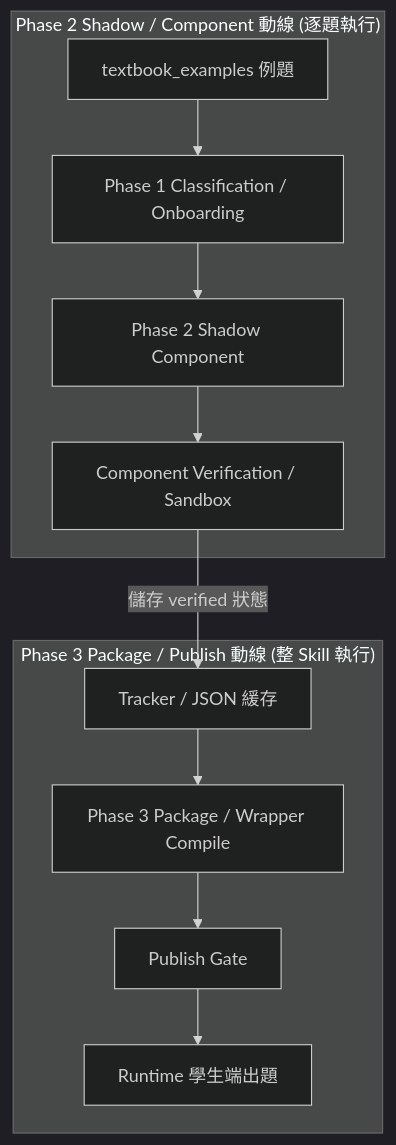
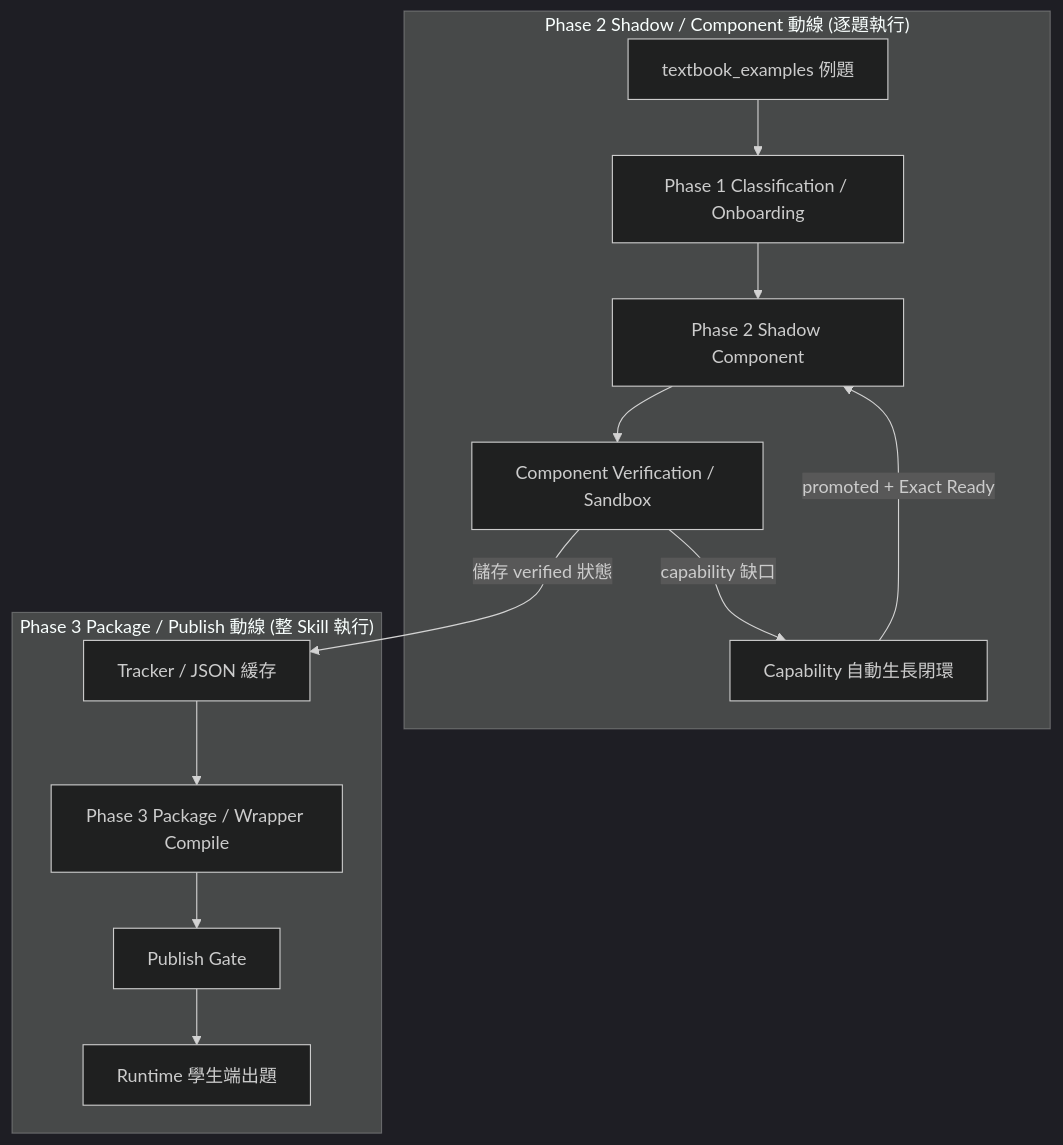
Before and after one commit to yyfsunnyboy/Mathproject_tvet_mathB: the first of 2 diagrams in docs/系統SOP/Gencode_AgentSkillV3整合/SOP_Gencode_AgentSkillV3_PipelineFlow.md, drawn with Mermaid (dark theme). The commit also changed other lines of this file and 325 other files, not shown here.

````diff
--- a/docs/系統SOP/Gencode_AgentSkillV3整合/SOP_Gencode_AgentSkillV3_PipelineFlow.md
+++ b/docs/系統SOP/Gencode_AgentSkillV3整合/SOP_Gencode_AgentSkillV3_PipelineFlow.md
@@ -45,15 +51,17 @@
 ```mermaid
 graph TD
     subgraph FlowA["Phase 2 Shadow / Component 動線 (逐題執行)"]
         Src[textbook_examples 例題] --> P1[Phase 1 Classification / Onboarding]
         P1 --> P2[Phase 2 Shadow Component]
         P2 --> P25[Component Verification / Sandbox]
+        P25 -->|capability 缺口| CapGrow[Capability 自動生長閉環]
+        CapGrow -->|promoted + Exact Ready| P2
     end
     
     subgraph FlowB["Phase 3 Package / Publish 動線 (整 Skill 執行)"]
         P25 -->|儲存 verified 狀態| Track[Tracker / JSON 緩存]
         Track --> P3[Phase 3 Package / Wrapper Compile]
         P3 --> Gate[Publish Gate]
         Gate --> Run[Runtime 學生端出題]
     end
 ```
````
